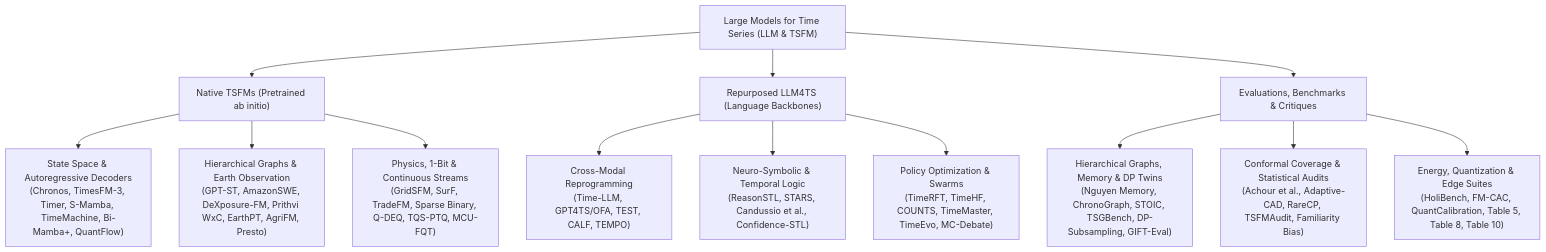
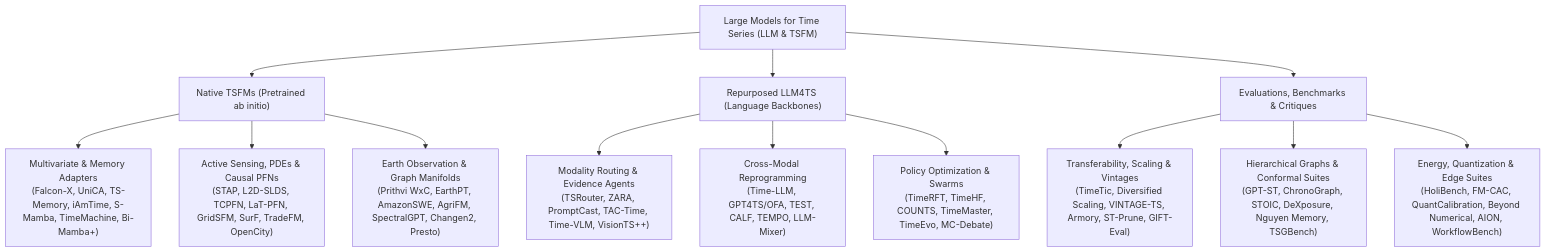
Before and after one commit to lihuirui/awesome-llm-time-series-foundation-models-survey: the diagram in README.md, drawn with Mermaid. The commit also changed other lines of this file and 28 other files, not shown here.

Commit message:
feat(iter-12): active sensor querying, transferability estimation & heterogeneous batch scheduling

````diff
--- a/README.md
+++ b/README.md
@@ -32,19 +32,19 @@
 ```mermaid
 graph TD
     Root["Large Models for Time Series (LLM & TSFM)"]
     Root --> P1["Native TSFMs (Pretrained ab initio)"]
     Root --> P2["Repurposed LLM4TS (Language Backbones)"]
     Root --> P3["Evaluations, Benchmarks & Critiques"]
 
-    P1 --> P1_SSM["State Space & Autoregressive Decoders<br/>(Chronos, TimesFM-3, Timer, S-Mamba, TimeMachine, Bi-Mamba+, QuantFlow)"]
-    P1 --> P1_Graph["Hierarchical Graphs & Earth Observation<br/>(GPT-ST, AmazonSWE, DeXposure-FM, Prithvi WxC, EarthPT, AgriFM, Presto)"]
-    P1 --> P1_Phys["Physics, 1-Bit & Continuous Streams<br/>(GridSFM, SurF, TradeFM, Sparse Binary, Q-DEQ, TQS-PTQ, MCU-FQT)"]
+    P1 --> P1_Multi["Multivariate & Memory Adapters<br/>(Falcon-X, UniCA, TS-Memory, iAmTime, S-Mamba, TimeMachine, Bi-Mamba+)"]
+    P1 --> P1_Active["Active Sensing, PDEs & Causal PFNs<br/>(STAP, L2D-SLDS, TCPFN, LaT-PFN, GridSFM, SurF, TradeFM, OpenCity)"]
+    P1 --> P1_Earth["Earth Observation & Graph Manifolds<br/>(Prithvi WxC, EarthPT, AmazonSWE, AgriFM, SpectralGPT, Changen2, Presto)"]
 
-    P2 --> P2_Reprog["Cross-Modal Reprogramming<br/>(Time-LLM, GPT4TS/OFA, TEST, CALF, TEMPO)"]
-    P2 --> P2_Logic["Neuro-Symbolic & Temporal Logic<br/>(ReasonSTL, STARS, Candussio et al., Confidence-STL)"]
+    P2 --> P2_Route["Modality Routing & Evidence Agents<br/>(TSRouter, ZARA, PromptCast, TAC-Time, Time-VLM, VisionTS++)"]
+    P2 --> P2_Reprog["Cross-Modal Reprogramming<br/>(Time-LLM, GPT4TS/OFA, TEST, CALF, TEMPO, LLM-Mixer)"]
     P2 --> P2_Agent["Policy Optimization & Swarms<br/>(TimeRFT, TimeHF, COUNTS, TimeMaster, TimeEvo, MC-Debate)"]
 
-    P3 --> P3_Bench["Hierarchical Graphs, Memory & DP Twins<br/>(Nguyen Memory, ChronoGraph, STOIC, TSGBench, DP-Subsampling, GIFT-Eval)"]
-    P3 --> P3_Conf["Conformal Coverage & Statistical Audits<br/>(Achour et al., Adaptive-CAD, RareCP, TSFMAudit, Familiarity Bias)"]
-    P3 --> P3_Energy["Energy, Quantization & Edge Suites<br/>(HoliBench, FM-CAC, QuantCalibration, Table 5, Table 8, Table 10)"]
+    P3 --> P3_Trans["Transferability, Scaling & Vintages<br/>(TimeTic, Diversified Scaling, VINTAGE-TS, Armory, ST-Prune, GIFT-Eval)"]
+    P3 --> P3_Graph["Hierarchical Graphs & Conformal Suites<br/>(GPT-ST, ChronoGraph, STOIC, DeXposure, Nguyen Memory, TSGBench)"]
+    P3 --> P3_Energy["Energy, Quantization & Edge Suites<br/>(HoliBench, FM-CAC, QuantCalibration, Beyond Numerical, AION, WorkflowBench)"]
 ```
````
